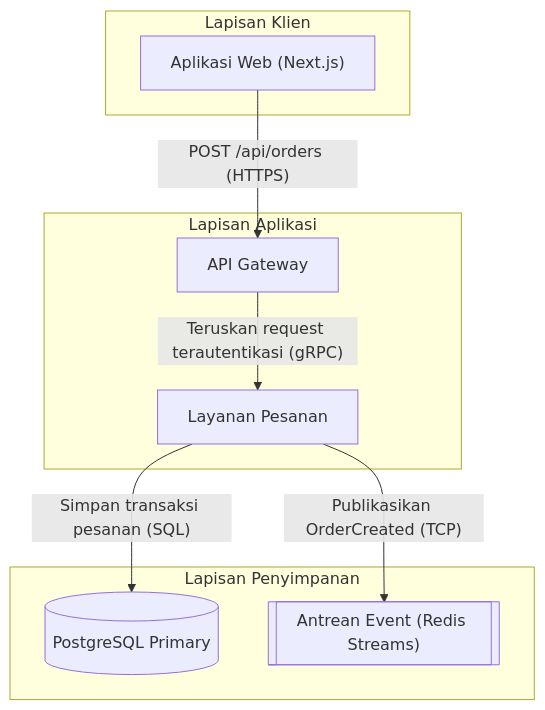
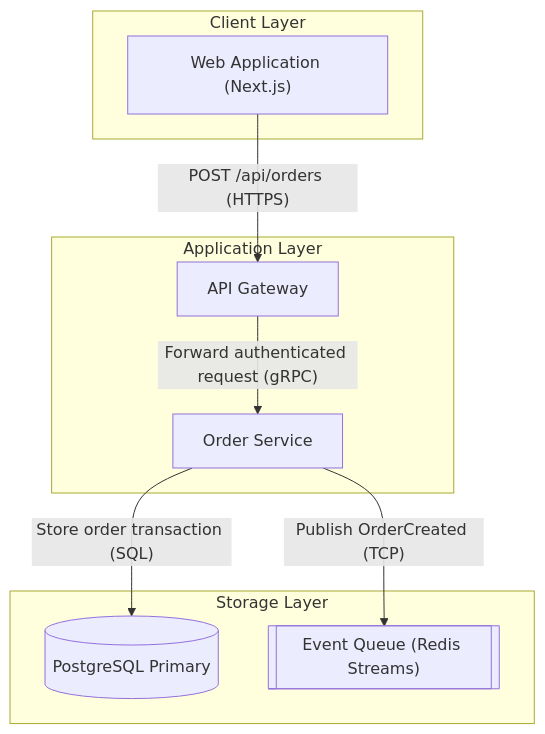
One commit to giriedu/maxilun changed the second of 5 diagrams in skills/maxilun-diagrams/SKILL.md. Above: the diagram before and after it, drawn with Mermaid. The commit also changed other lines of this file and 207 other files, not shown here.

````diff
--- a/skills/maxilun-diagrams/SKILL.md
+++ b/skills/maxilun-diagrams/SKILL.md
@@ -81,21 +80,21 @@
 ```mermaid
 flowchart TB
-    subgraph Klien["Lapisan Klien"]
-        Web["Aplikasi Web (Next.js)"]
+    subgraph Client["Client Layer"]
+        Web["Web Application (Next.js)"]
     end
 
-    subgraph Layanan["Lapisan Aplikasi"]
+    subgraph Services["Application Layer"]
         GW["API Gateway"]
-        OrderSvc["Layanan Pesanan"]
+        OrderSvc["Order Service"]
     end
 
-    subgraph Data["Lapisan Penyimpanan"]
+    subgraph Data["Storage Layer"]
         DB[("PostgreSQL Primary")]
-        Queue[["Antrean Event (Redis Streams)"]]
+        Queue[["Event Queue (Redis Streams)"]]
     end
 
     Web -->|"POST /api/orders (HTTPS)"| GW
-    GW -->|"Teruskan request terautentikasi (gRPC)"| OrderSvc
-    OrderSvc -->|"Simpan transaksi pesanan (SQL)"| DB
-    OrderSvc -->|"Publikasikan OrderCreated (TCP)"| Queue
+    GW -->|"Forward authenticated request (gRPC)"| OrderSvc
+    OrderSvc -->|"Store order transaction (SQL)"| DB
+    OrderSvc -->|"Publish OrderCreated (TCP)"| Queue
 ```
````
